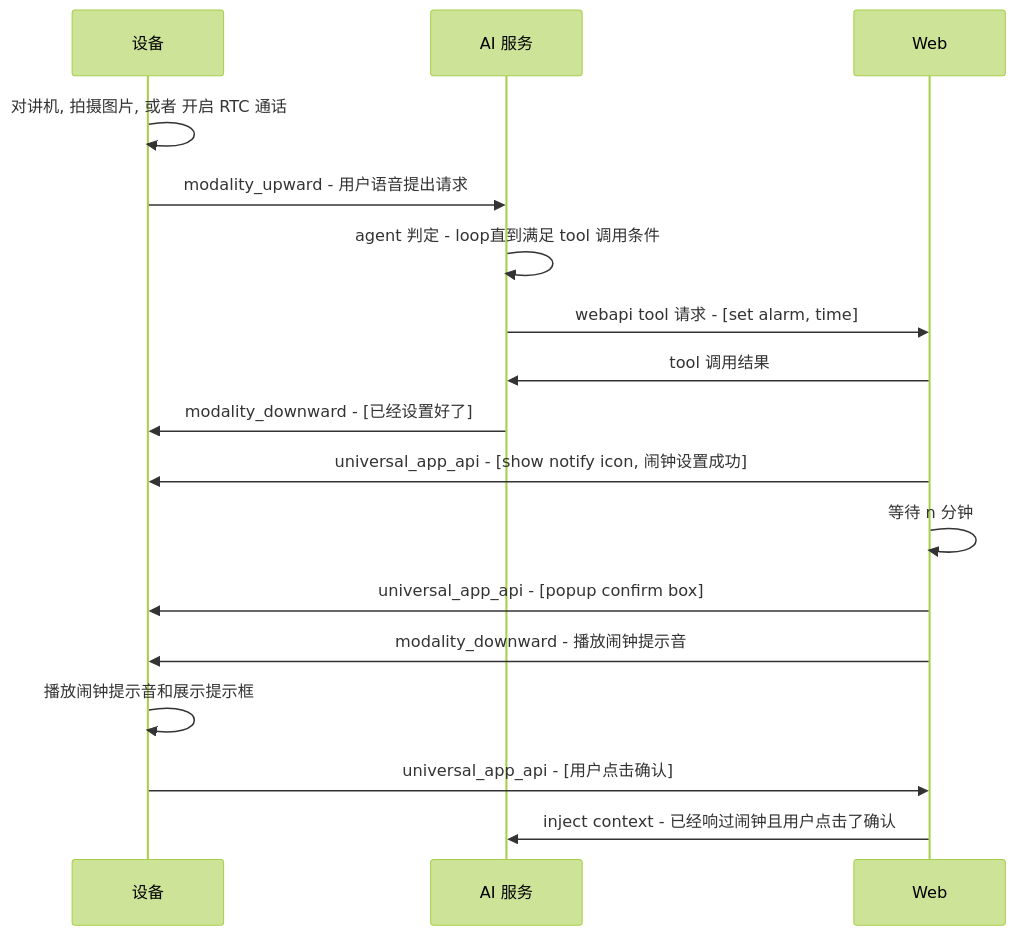
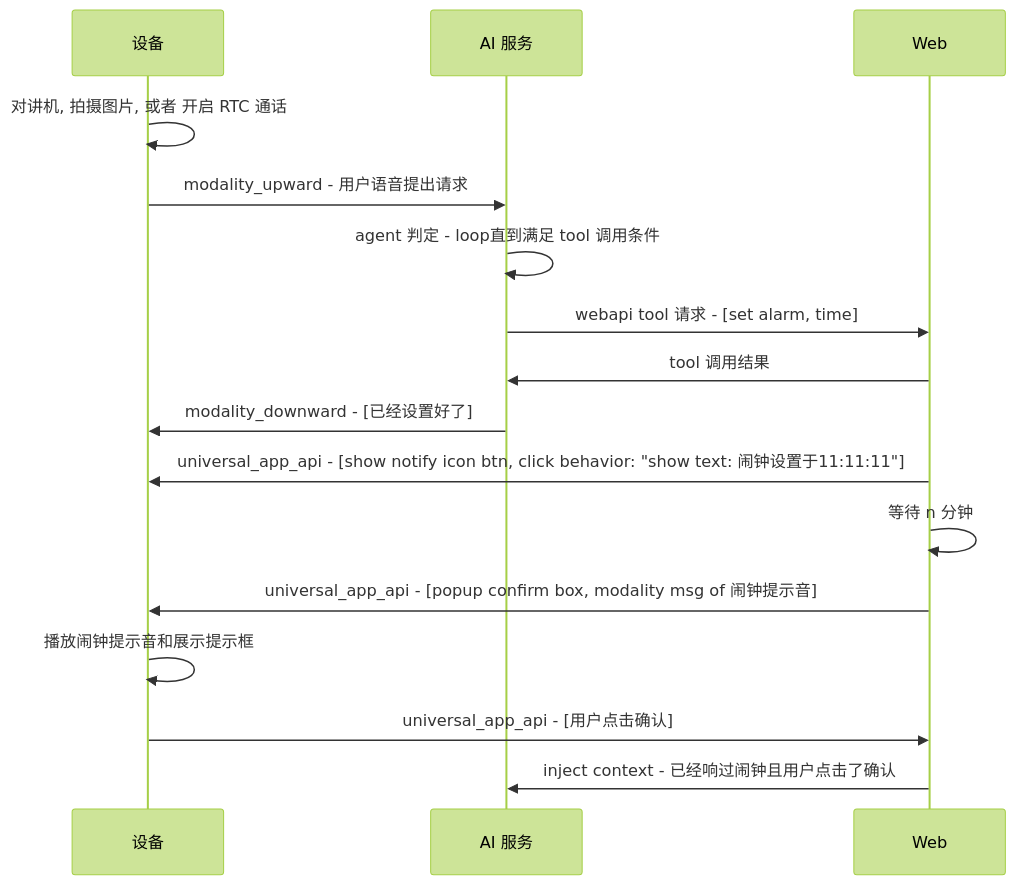
One commit to shaojun/open_docs changed the fifth of 9 diagrams in projects/commercial/USER_STORY.md. Above: the diagram before and after it, drawn with Mermaid (forest theme). The commit also changed other lines of this file and 1 other file, not shown here.

````diff
--- a/projects/commercial/USER_STORY.md
+++ b/projects/commercial/USER_STORY.md
@@ -74,18 +76,17 @@
 ```mermaid
 sequenceDiagram
     participant Device as 设备
     participant AIService as AI 服务
     Device->>Device: 对讲机, 拍摄图片, 或者 开启 RTC 通话
     Device->>AIService: modality_upward - 用户语音提出请求
     AIService->>AIService: agent 判定 - loop直到满足 tool 调用条件
     AIService->>Web: webapi tool 请求 - [set alarm, time]
     Web->>AIService: tool 调用结果
     AIService->>Device: modality_downward - [已经设置好了]
-     Web->>Device: universal_app_api - [show notify icon, 闹钟设置成功]
+    Web->>Device: universal_app_api - [show notify icon btn, click behavior: "show text: 闹钟设置于11:11:11"]
     Web->>Web: 等待 n 分钟
-    Web->>Device: universal_app_api - [popup confirm box]
-    Web->>Device: modality_downward - 播放闹钟提示音
+    Web->>Device: universal_app_api - [popup confirm box, modality msg of 闹钟提示音]
     Device->>Device: 播放闹钟提示音和展示提示框
     Device->>Web: universal_app_api - [用户点击确认]
     Web->>AIService: inject context - 已经响过闹钟且用户点击了确认
 ```
````
